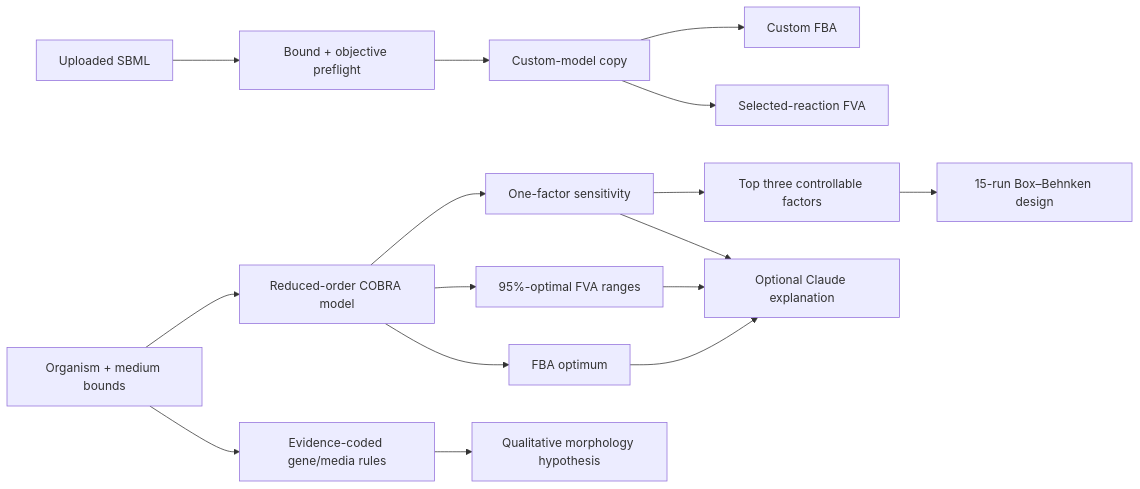
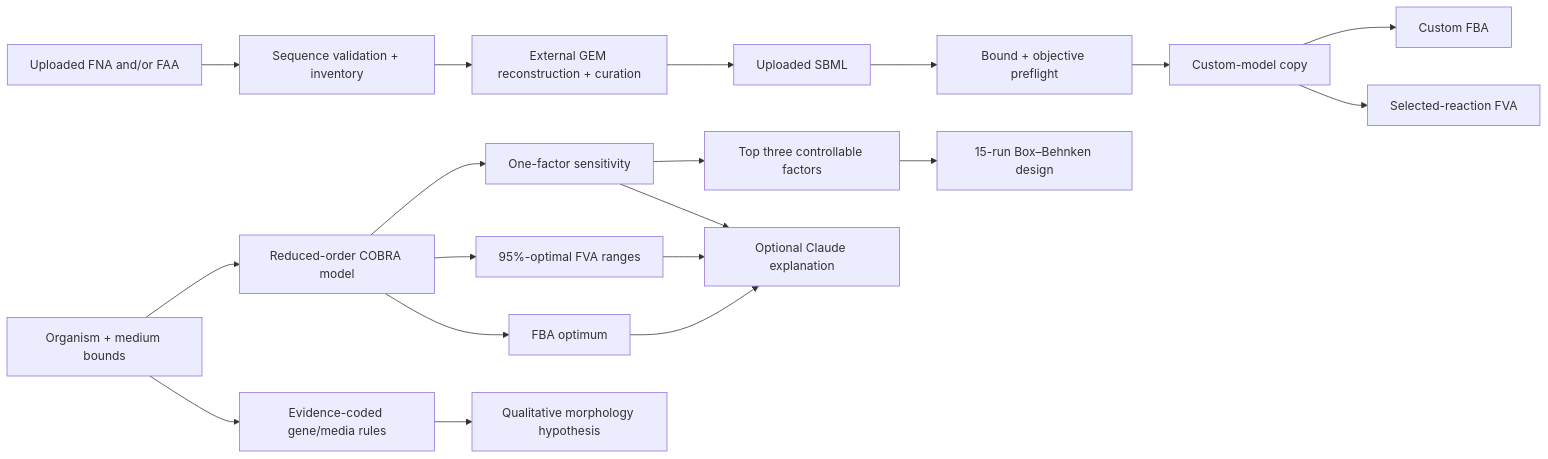
Before and after one commit to mammadovziya/myco-optima: the diagram in README.md, drawn with Mermaid. The commit also changed other lines of this file and 8 other files, not shown here.

Commit message:
Add FNA and FAA sequence intake

````diff
--- a/README.md
+++ b/README.md
@@ -136,18 +160,21 @@
 ```mermaid
 flowchart LR
     A["Organism + medium bounds"] --> B["Reduced-order COBRA model"]
     K["Uploaded SBML"] --> L["Bound + objective preflight"]
+    P["Uploaded FNA and/or FAA"] --> Q["Sequence validation + inventory"]
+    Q --> R["External GEM reconstruction + curation"]
+    R --> K
     L --> M["Custom-model copy"]
     B --> C["FBA optimum"]
     B --> D["95%-optimal FVA ranges"]
     M --> N["Custom FBA"]
     M --> O["Selected-reaction FVA"]
     B --> E["One-factor sensitivity"]
     E --> F["Top three controllable factors"]
     F --> G["15-run Box–Behnken design"]
     A --> H["Evidence-coded gene/media rules"]
     H --> I["Qualitative morphology hypothesis"]
     C --> J["Optional Claude explanation"]
     D --> J
     E --> J
 ```
````
